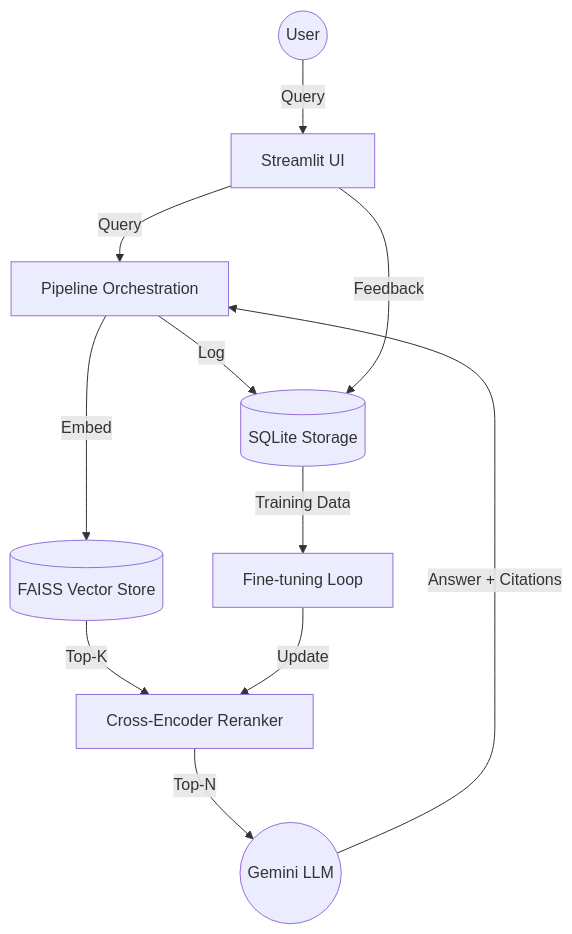
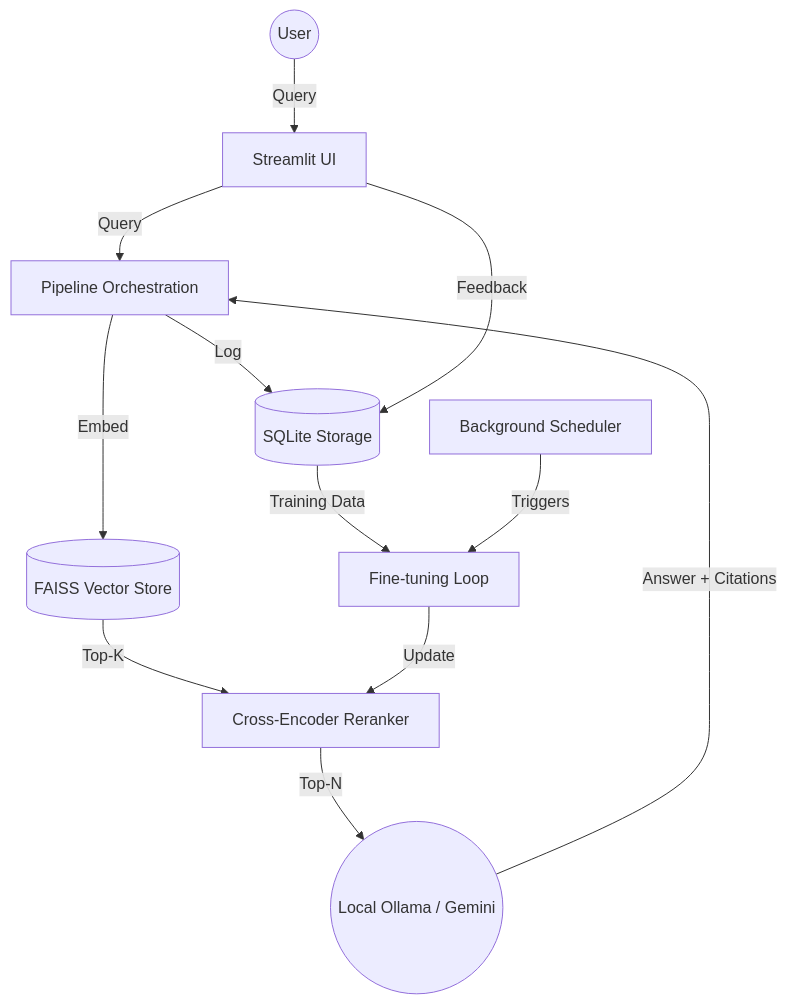
Before and after one commit to Sufiyan78666/-self_improving_rag: the diagram in README.md, drawn with Mermaid. The commit also changed other lines of this file, not shown here.

Commit message:
Update README: Add local model support, scheduler info, and enhanced feature list

````diff
--- a/README.md
+++ b/README.md
@@ -14,13 +15,14 @@
 ```mermaid
 graph TD
     User((User)) -->|Query| UI[Streamlit UI]
     UI -->|Query| Pipeline[Pipeline Orchestration]
     Pipeline -->|Embed| FAISS[(FAISS Vector Store)]
     FAISS -->|Top-K| Reranker[Cross-Encoder Reranker]
-    Reranker -->|Top-N| LLM((Gemini LLM))
+    Reranker -->|Top-N| LLM((Local Ollama / Gemini))
     LLM -->|Answer + Citations| Pipeline
     Pipeline -->|Log| DB[(SQLite Storage)]
     UI -->|Feedback| DB
     DB -->|Training Data| Trainer[Fine-tuning Loop]
     Trainer -->|Update| Reranker
+    Scheduler[Background Scheduler] -->|Triggers| Trainer
 ```
````
